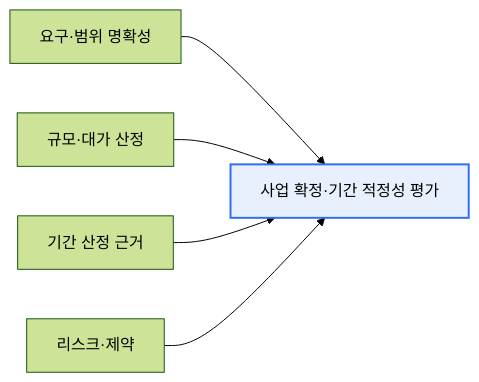
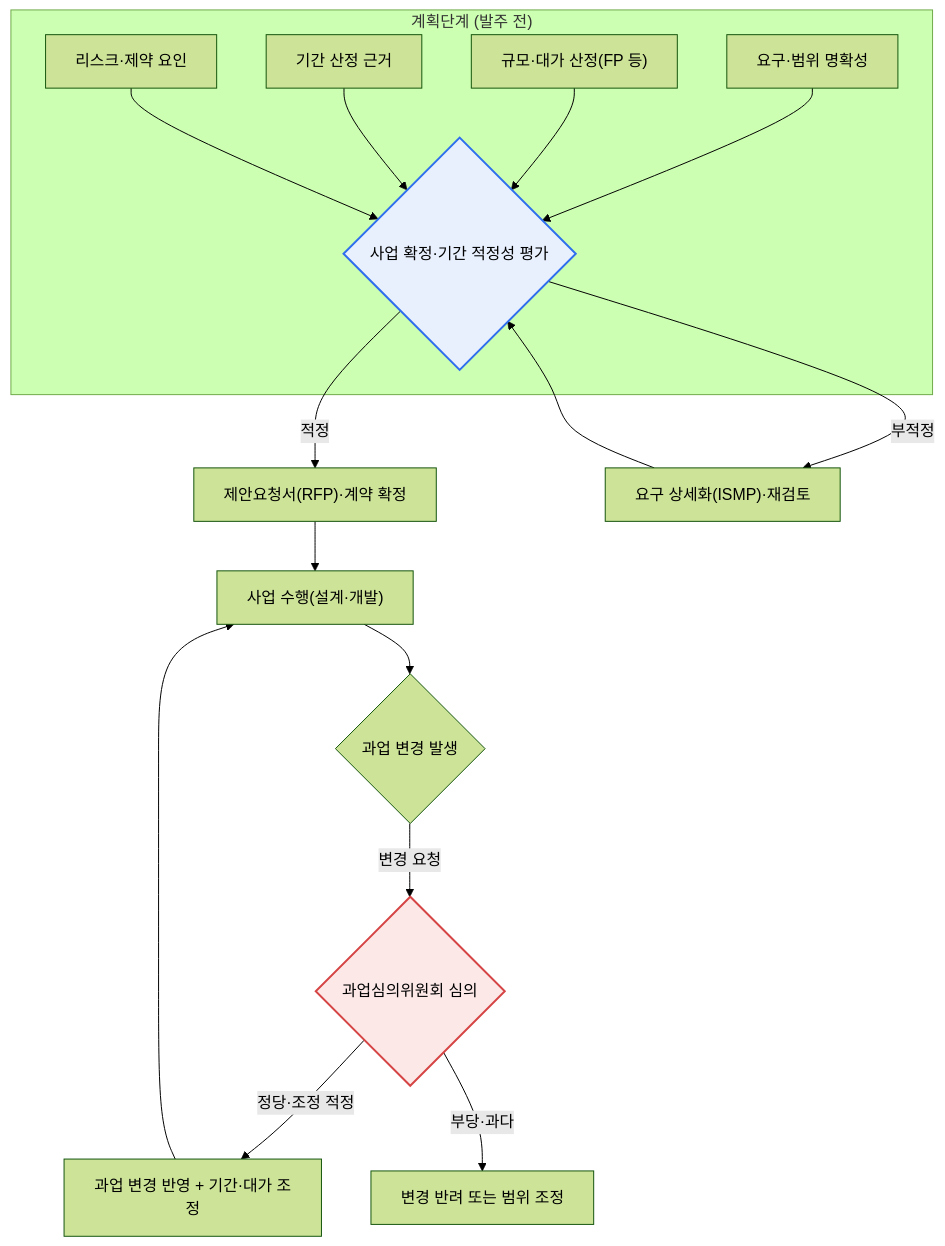
The first of 2 diagrams in content/public-sw-planning.md (coninggu/wjdqhrhksflrltnftk), drawn with Mermaid (forest theme) before and after one commit. The commit also changed other lines of this file and 3 other files, not shown here.

Commit message:
Deepen 공공 SW 사업 계획단계 검토와 과업변경 적정성, UML 순차 다이어그램(Sequence Diagram) (auto)

````diff
--- a/content/public-sw-planning.md
+++ b/content/public-sw-planning.md
@@ -15,8 +21,20 @@
 ```mermaid
-flowchart LR
-  A["요구·범위 명확성"] --> E[사업 확정·기간 적정성 평가]
-  B["규모·대가 산정"] --> E
-  C["기간 산정 근거"] --> E
-  D["리스크·제약"] --> E
-  style E fill:#e8f0fe,stroke:#2f6fed,stroke-width:2px
+flowchart TB
+  subgraph 계획단계["계획단계 (발주 전)"]
+    A1["요구·범위 명확성"] --> G1{"사업 확정·기간 적정성 평가"}
+    A2["규모·대가 산정(FP 등)"] --> G1
+    A3["기간 산정 근거"] --> G1
+    A4["리스크·제약 요인"] --> G1
+  end
+  G1 -->|적정| B["제안요청서(RFP)·계약 확정"]
+  G1 -->|부적정| A0["요구 상세화(ISMP)·재검토"]
+  A0 --> G1
+  B --> C["사업 수행(설계·개발)"]
+  C --> D{"과업 변경 발생"}
+  D -->|변경 요청| G2{"과업심의위원회 심의"}
+  G2 -->|정당·조정 적정| E["과업 변경 반영 + 기간·대가 조정"]
+  G2 -->|부당·과다| F["변경 반려 또는 범위 조정"]
+  E --> C
+  style G1 fill:#e8f0fe,stroke:#2f6fed,stroke-width:2px
+  style G2 fill:#fde8e8,stroke:#d64545,stroke-width:2px
 ```
````
